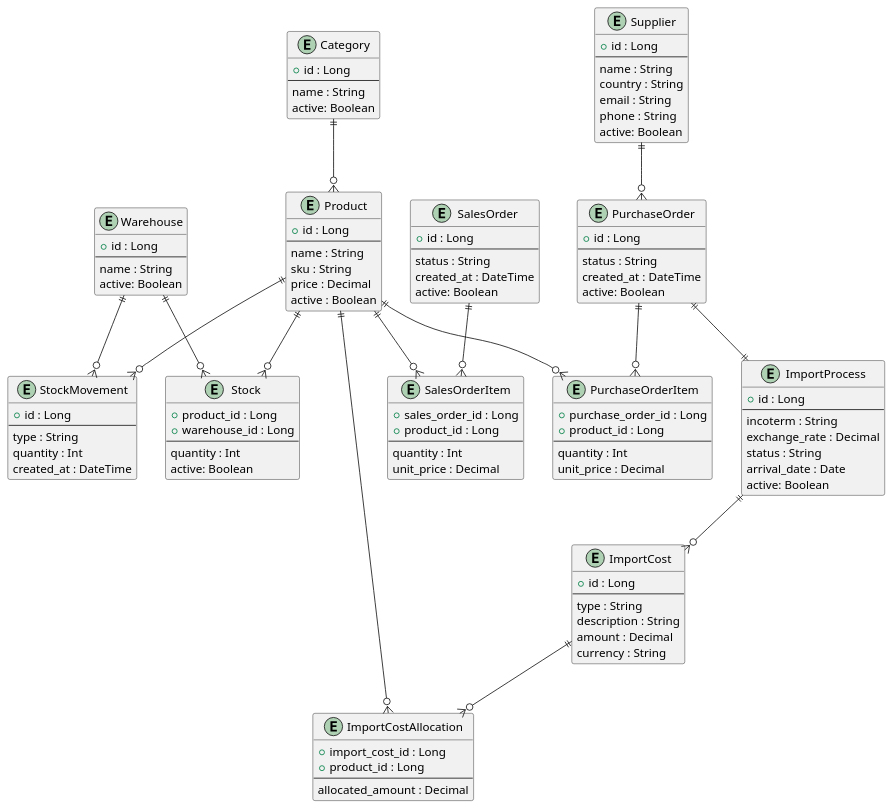
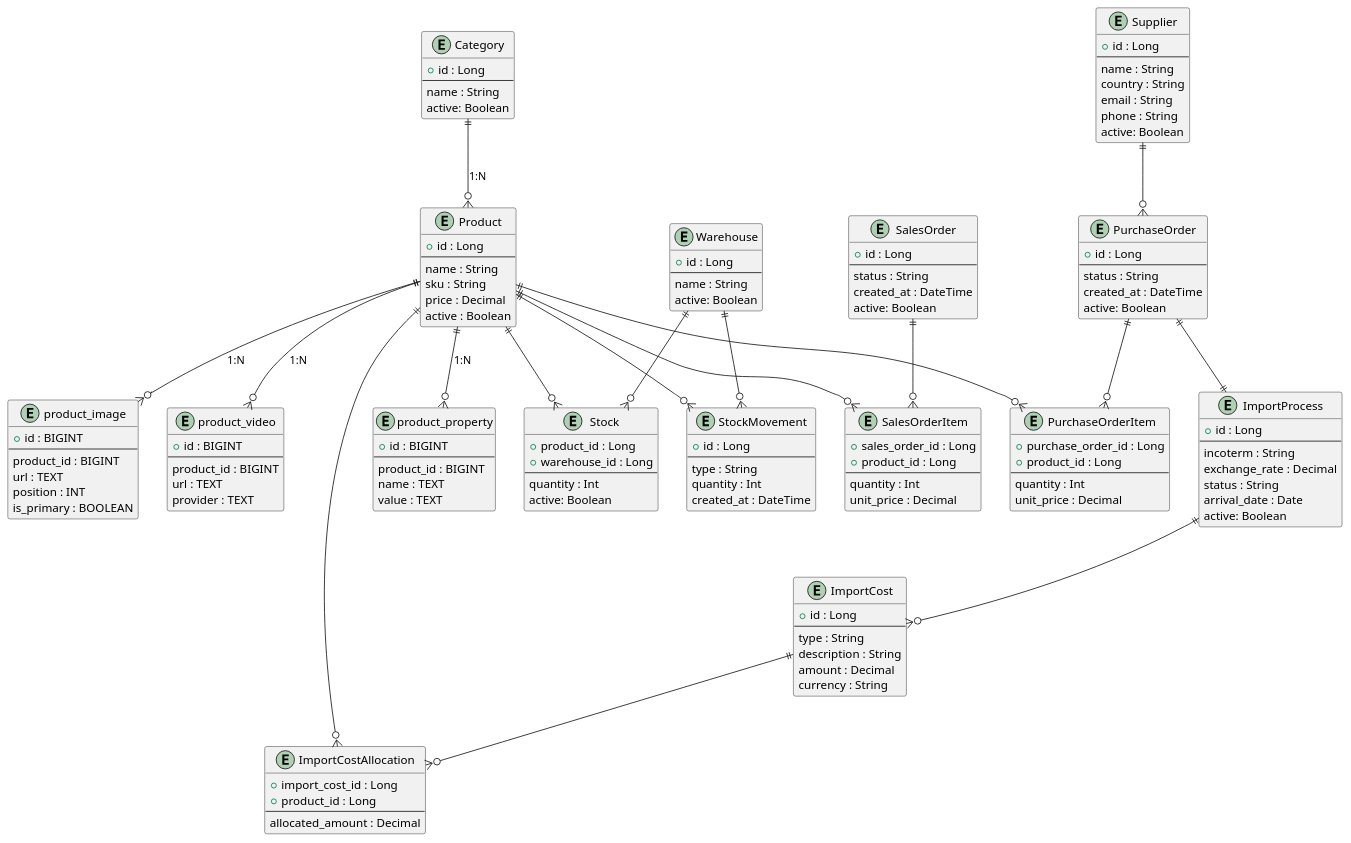
Before and after one commit to gabrielleite03/kenjix_persist: the diagram in docs/all_@startuml.md, drawn with PlantUML. The commit also changed 16 other files, not shown here.

```diff
--- a/docs/all_@startuml.md
+++ b/docs/all_@startuml.md
@@ -18,7 +18,35 @@
   active : Boolean
 }
 
-Category ||--o{ Product
+entity product_property {
+  +id : BIGINT
+  --
+  product_id : BIGINT
+  name : TEXT
+  value : TEXT
+}
+
+entity product_image {
+  +id : BIGINT
+  --
+  product_id : BIGINT
+  url : TEXT
+  position : INT
+  is_primary : BOOLEAN
+}
+
+entity product_video {
+  +id : BIGINT
+  --
+  product_id : BIGINT
+  url : TEXT
+  provider : TEXT
+}
+
+Category ||--o{ Product : "1:N"
+Product ||--o{ product_property : "1:N"
+Product ||--o{ product_image : "1:N"
+Product ||--o{ product_video : "1:N"
 
 ' =========================
 ' LOCALIZAÇÃO / ESTOQUE
```
